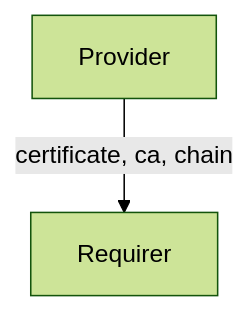
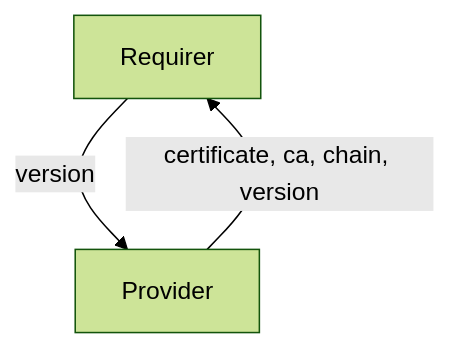
Before and after one commit to canonical/charm-relation-interfaces: the diagram in interfaces/certificate_transfer/v0/README.md, drawn with Mermaid (forest theme). The commit also changed other lines of this file and 2 other files, not shown here.

First line of the commit message:
feat: Update certificate-transfer v0 to add optional version field (#228)

````diff
--- a/interfaces/certificate_transfer/v0/README.md
+++ b/interfaces/certificate_transfer/v0/README.md
@@ -11,4 +11,5 @@
 ```mermaid
 flowchart TD
-    Provider -- certificate, ca, chain --> Requirer
+    Requirer -- version --> Provider
+    Provider -- certificate, ca, chain, version --> Requirer
 ```
````
